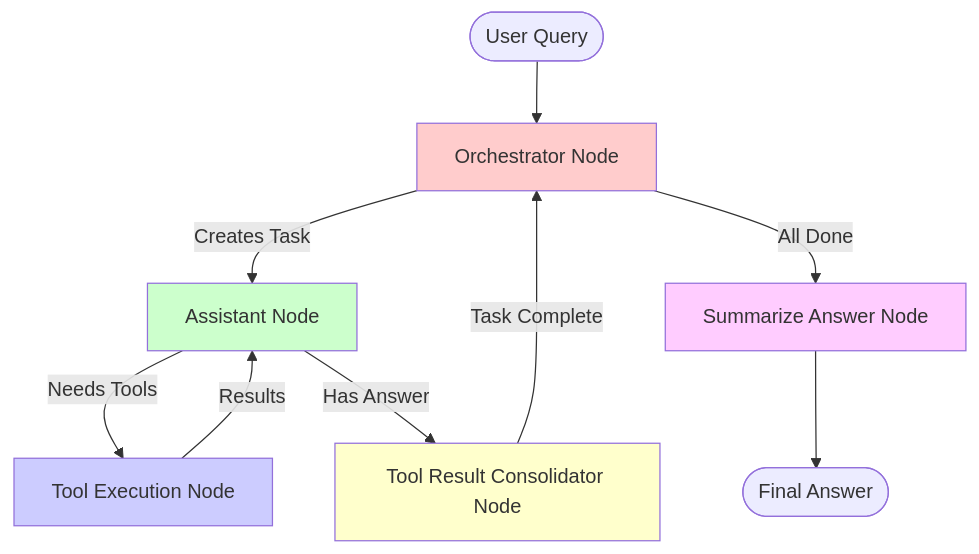
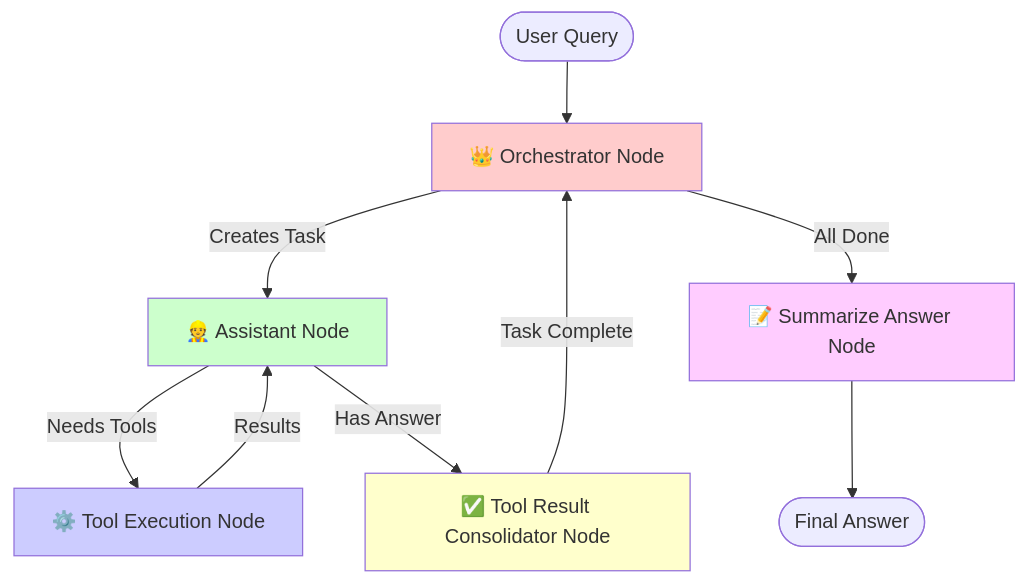
Before and after one commit to beefkknd/agent_sandbox: the diagram in README.md, drawn with Mermaid. The commit also changed other lines of this file, not shown here.

````diff
--- a/README.md
+++ b/README.md
@@ -68,22 +68,22 @@
 ```mermaid
 graph TD
-    Start([User Query]) --> Orchestrator[Orchestrator Node]
+    Start([User Query]) --> Orchestrator[👑 Orchestrator Node]
 
-    Orchestrator -->|Creates Task| Assistant[Assistant Node]
-    Orchestrator -->|All Done| Summarize[Summarize Answer Node]
+    Orchestrator -->|Creates Task| Assistant[👷 Assistant Node]
+    Orchestrator -->|All Done| Summarize[📝 Summarize Answer Node]
 
-    Assistant -->|Needs Tools| ToolExecution[Tool Execution Node]
-    Assistant -->|Has Answer| Consolidator[Tool Result Consolidator Node]
+    Assistant -->|Needs Tools| ToolExecution[⚙️ Tool Execution Node]
+    Assistant -->|Has Answer| Consolidator[✅ Tool Result Consolidator Node]
 
     ToolExecution -->|Results| Assistant
 
     Consolidator -->|Task Complete| Orchestrator
 
     Summarize --> End([Final Answer])
 
     style Orchestrator fill:#ffcccc
     style Assistant fill:#ccffcc
     style ToolExecution fill:#ccccff
     style Consolidator fill:#ffffcc
     style Summarize fill:#ffccff
 ```
````
